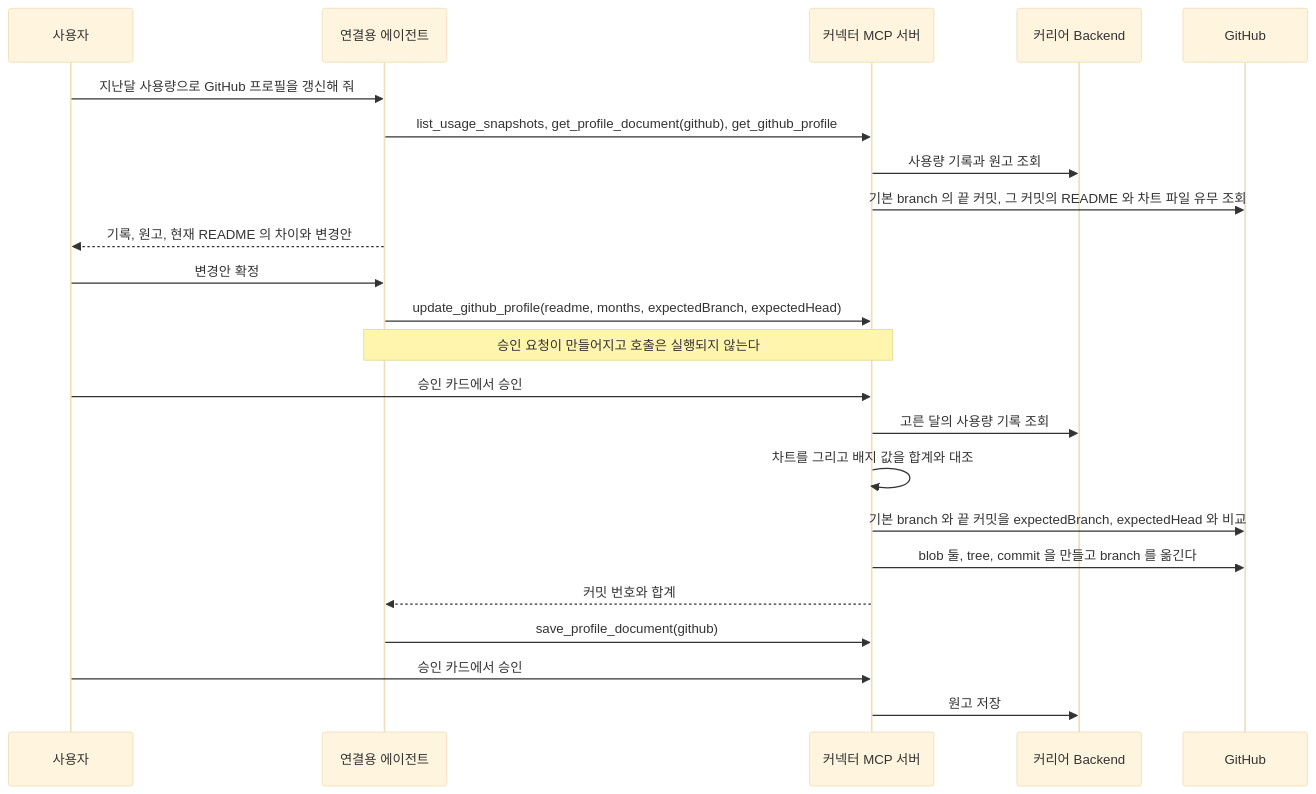
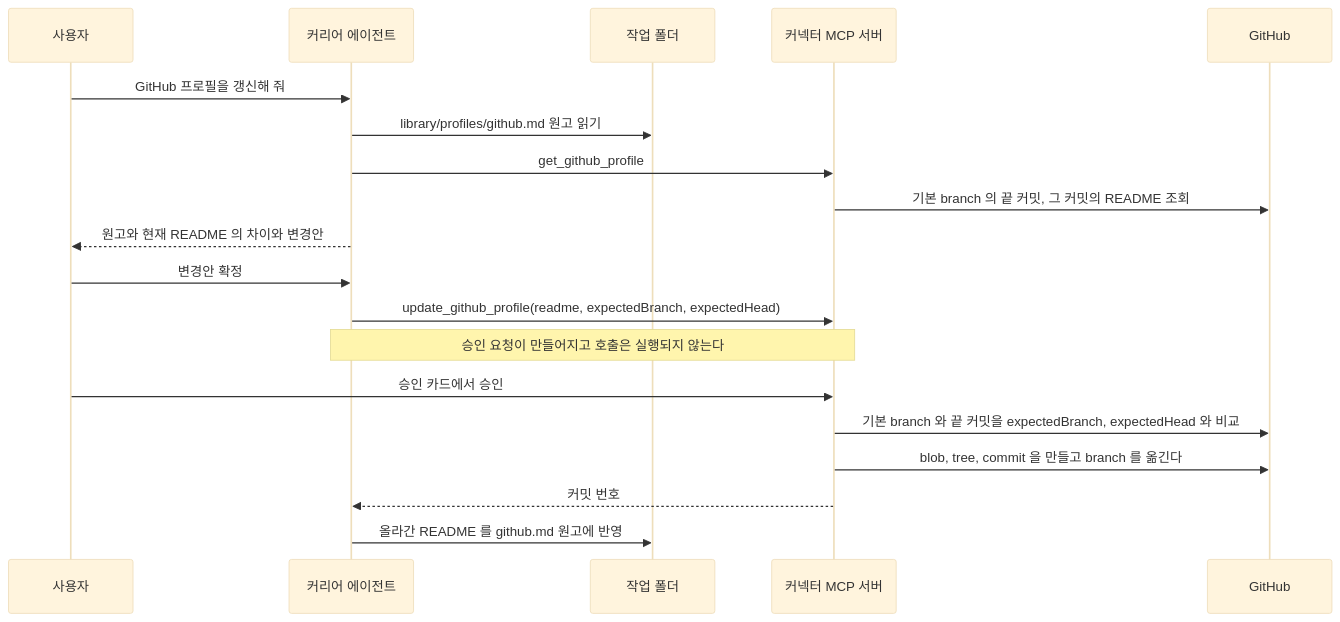
Before and after one commit to jon890/fos-agents: the tenth of 10 diagrams in career-os/docs/flow.md, drawn with Mermaid (base theme). The commit also changed other lines of this file and 8 other files, not shown here.

````diff
--- a/career-os/docs/flow.md
+++ b/career-os/docs/flow.md
@@ -904,25 +905,25 @@
 ```mermaid
+---
+config:
+  look: handDrawn
+---
 sequenceDiagram
     participant U as 사용자
-    participant M as 연결용 에이전트
+    participant M as 커리어 에이전트
+    participant W as 작업 폴더
     participant C as 커넥터 MCP 서버
-    participant B as 커리어 Backend
     participant G as GitHub
-    U->>M: 지난달 사용량으로 GitHub 프로필을 갱신해 줘
-    M->>C: list_usage_snapshots, get_profile_document(github), get_github_profile
-    C->>B: 사용량 기록과 원고 조회
-    C->>G: 기본 branch 의 끝 커밋, 그 커밋의 README 와 차트 파일 유무 조회
-    M-->>U: 기록, 원고, 현재 README 의 차이와 변경안
+    U->>M: GitHub 프로필을 갱신해 줘
+    M->>W: library/profiles/github.md 원고 읽기
+    M->>C: get_github_profile
+    C->>G: 기본 branch 의 끝 커밋, 그 커밋의 README 조회
+    M-->>U: 원고와 현재 README 의 차이와 변경안
     U->>M: 변경안 확정
-    M->>C: update_github_profile(readme, months, expectedBranch, expectedHead)
+    M->>C: update_github_profile(readme, expectedBranch, expectedHead)
     Note over M,C: 승인 요청이 만들어지고 호출은 실행되지 않는다
     U->>C: 승인 카드에서 승인
-    C->>B: 고른 달의 사용량 기록 조회
-    C->>C: 차트를 그리고 배지 값을 합계와 대조
     C->>G: 기본 branch 와 끝 커밋을 expectedBranch, expectedHead 와 비교
-    C->>G: blob 둘, tree, commit 을 만들고 branch 를 옮긴다
-    C-->>M: 커밋 번호와 합계
-    M->>C: save_profile_document(github)
-    U->>C: 승인 카드에서 승인
-    C->>B: 원고 저장
+    C->>G: blob, tree, commit 을 만들고 branch 를 옮긴다
+    C-->>M: 커밋 번호
+    M->>W: 올라간 README 를 github.md 원고에 반영
 ```
````
